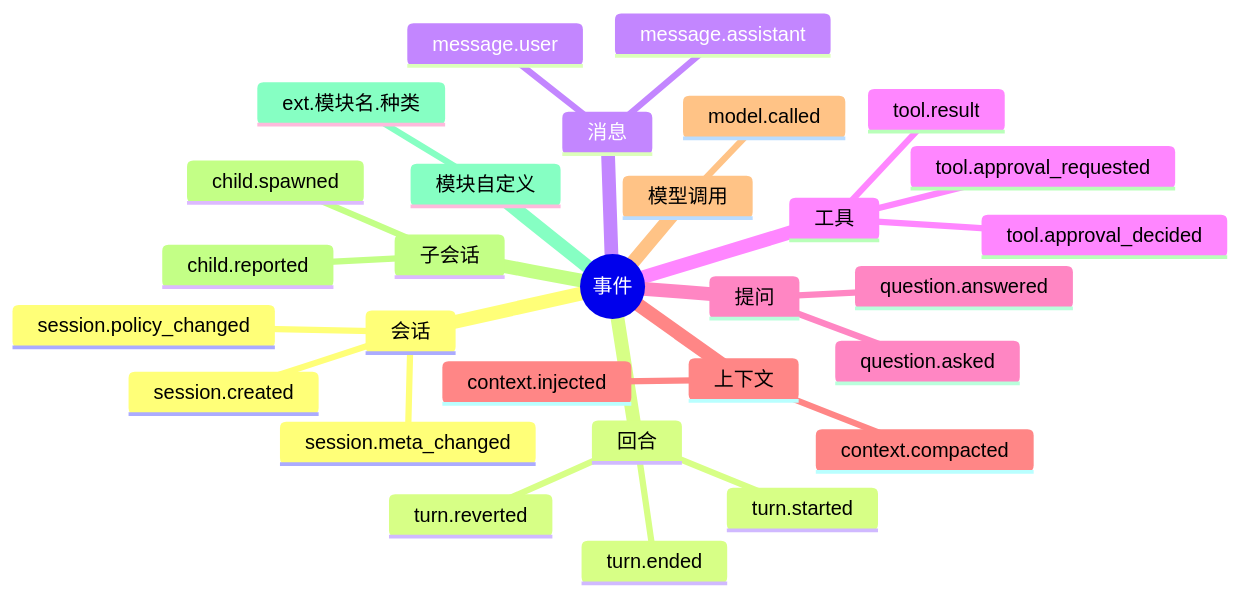
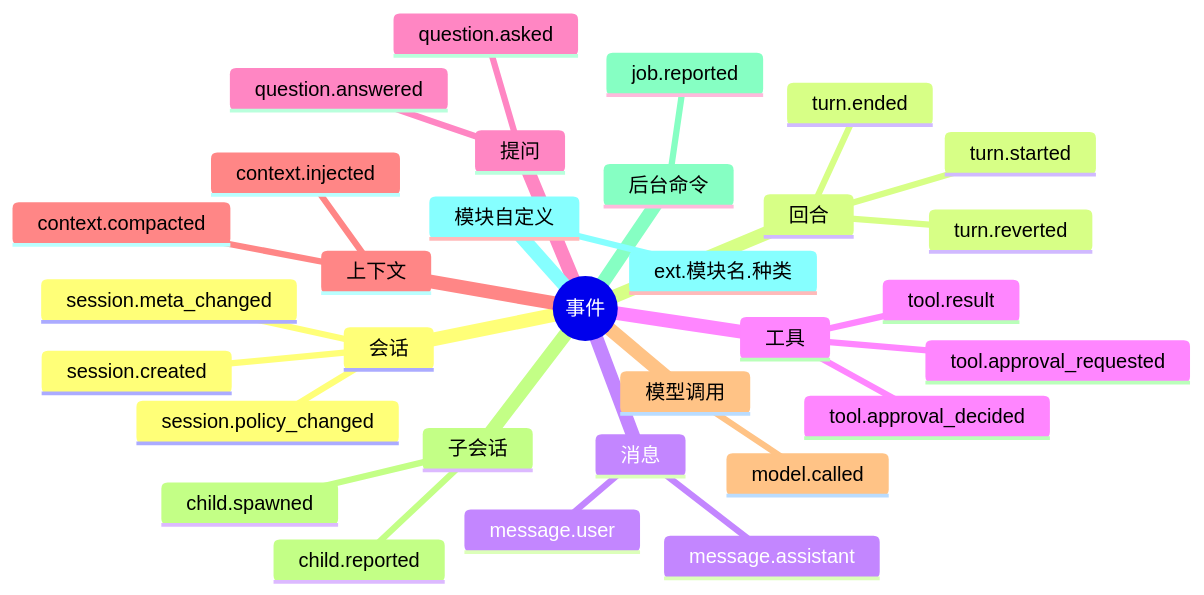
One commit to SHORiN-KiWATA/miyu-agent-remake changed the first of 3 diagrams in docs/designs/03-事件模型.md. Above: the diagram before and after it, drawn with Mermaid. The commit also changed other lines of this file and 21 other files, not shown here.

````diff
--- a/docs/designs/03-事件模型.md
+++ b/docs/designs/03-事件模型.md
@@ -50,32 +50,34 @@
 ```mermaid
 mindmap
   root((事件))
     会话
       session.created
       session.policy_changed
       session.meta_changed
     回合
       turn.started
       turn.ended
       turn.reverted
     消息
       message.user
       message.assistant
     工具
       tool.result
       tool.approval_requested
       tool.approval_decided
     提问
       question.asked
       question.answered
     上下文
       context.injected
       context.compacted
     模型调用
       model.called
     子会话
       child.spawned
       child.reported
+    后台命令
+      job.reported
     模块自定义
       ext.模块名.种类
 ```
````
